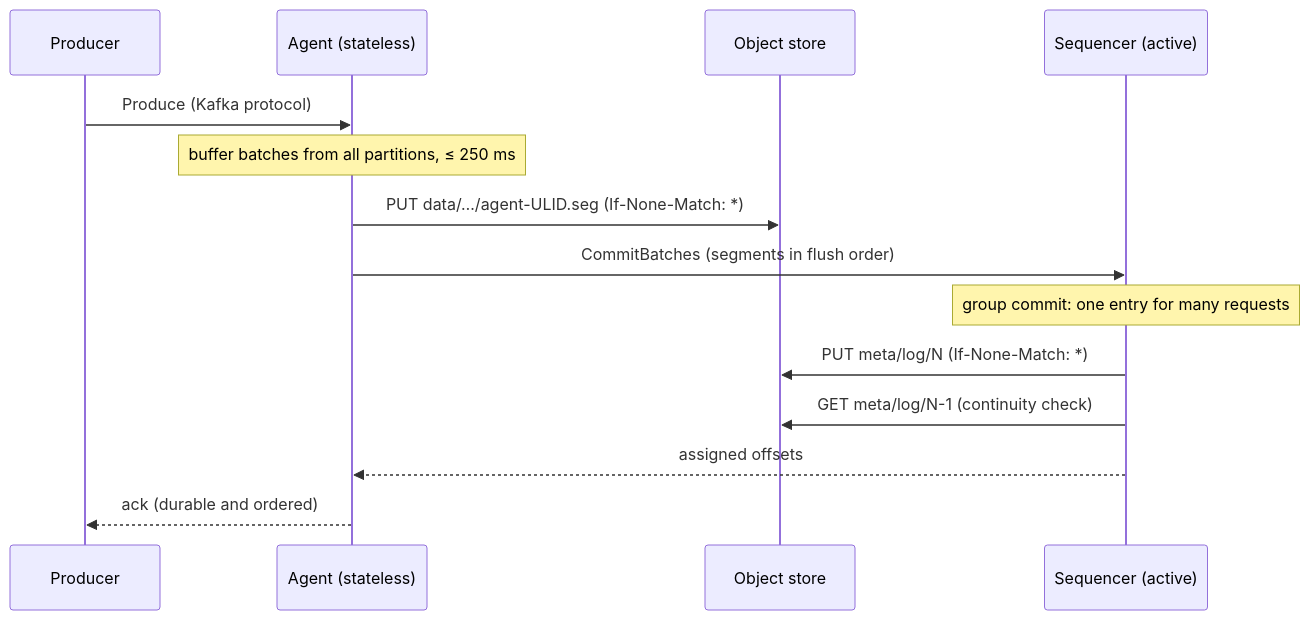
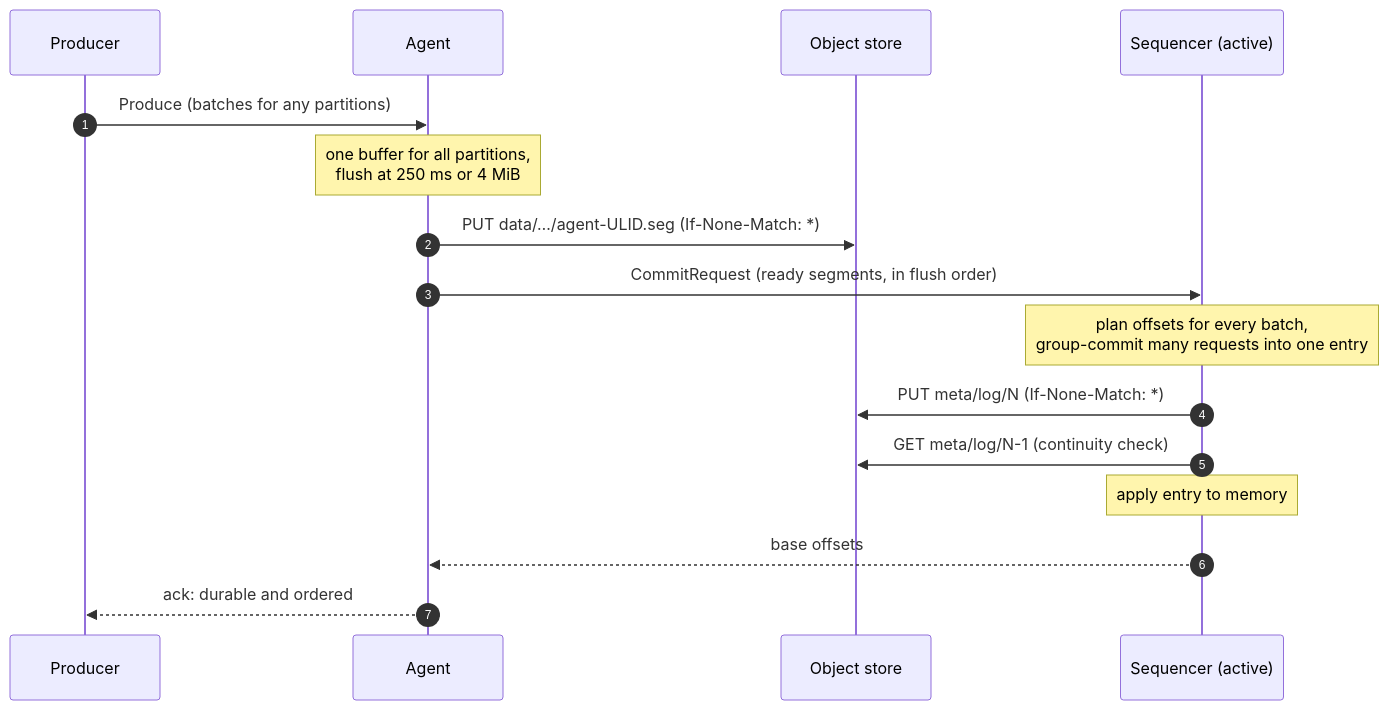
The second of 3 diagrams in README.md (ayushhh1010/sluice), drawn with Mermaid before and after one commit. The commit also changed other lines of this file and 3 other files, not shown here.

Commit message:
docs: README with architecture, design decisions, benchmarks and next steps

````diff
--- a/README.md
+++ b/README.md
@@ -28,16 +89,18 @@
 ```mermaid
 sequenceDiagram
+  autonumber
   participant P as Producer
-  participant A as Agent (stateless)
+  participant A as Agent
   participant S as Object store
   participant Q as Sequencer (active)
-  P->>A: Produce (Kafka protocol)
-  Note over A: buffer batches from all partitions, ≤ 250 ms
+  P->>A: Produce (batches for any partitions)
+  Note over A: one buffer for all partitions,<br/>flush at 250 ms or 4 MiB
   A->>S: PUT data/…/agent-ULID.seg (If-None-Match: *)
-  A->>Q: CommitBatches (segments in flush order)
-  Note over Q: group commit: one entry for many requests
+  A->>Q: CommitRequest (ready segments, in flush order)
+  Note over Q: plan offsets for every batch,<br/>group-commit many requests into one entry
   Q->>S: PUT meta/log/N (If-None-Match: *)
   Q->>S: GET meta/log/N-1 (continuity check)
-  Q-->>A: assigned offsets
-  A-->>P: ack (durable and ordered)
+  Note over Q: apply entry to memory
+  Q-->>A: base offsets
+  A-->>P: ack: durable and ordered
 ```
````
